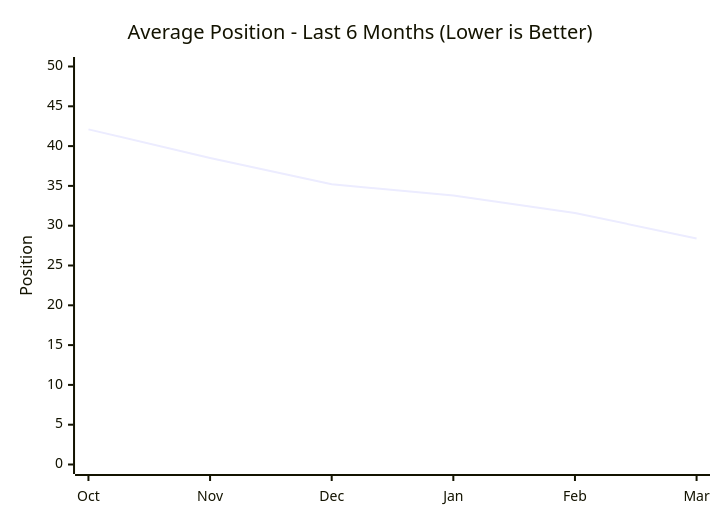
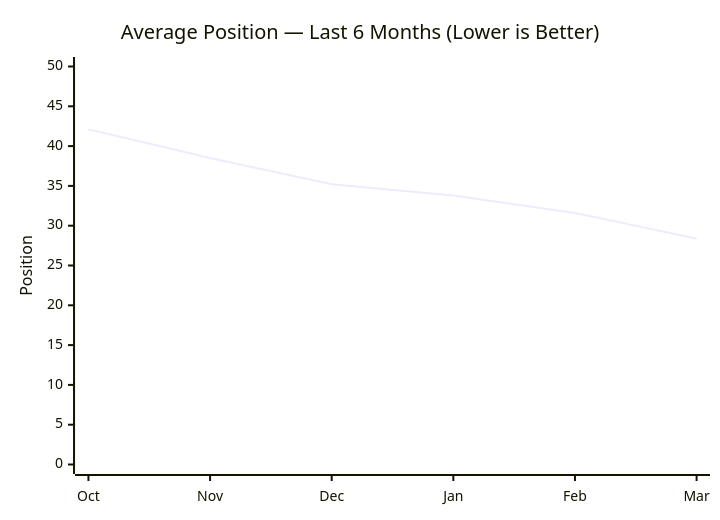
One commit to clarkemoyer/technologyadoptionbarriers.org changed the second of 3 diagrams in docs/seo/seo-dashboard-2026-03.md. Above: the diagram before and after it, drawn with Mermaid. The commit also changed other lines of this file and 287 other files, not shown here.

````diff
--- a/docs/seo/seo-dashboard-2026-03.md
+++ b/docs/seo/seo-dashboard-2026-03.md
@@ -149,7 +149,7 @@
 ```mermaid
 xychart-beta
-  title "Average Position - Last 6 Months (Lower is Better)"
+  title "Average Position — Last 6 Months (Lower is Better)"
   x-axis ["Oct", "Nov", "Dec", "Jan", "Feb", "Mar"]
   y-axis "Position" 0 --> 50
   line [42.1, 38.5, 35.2, 33.8, 31.6, 28.4]
 ```
````
